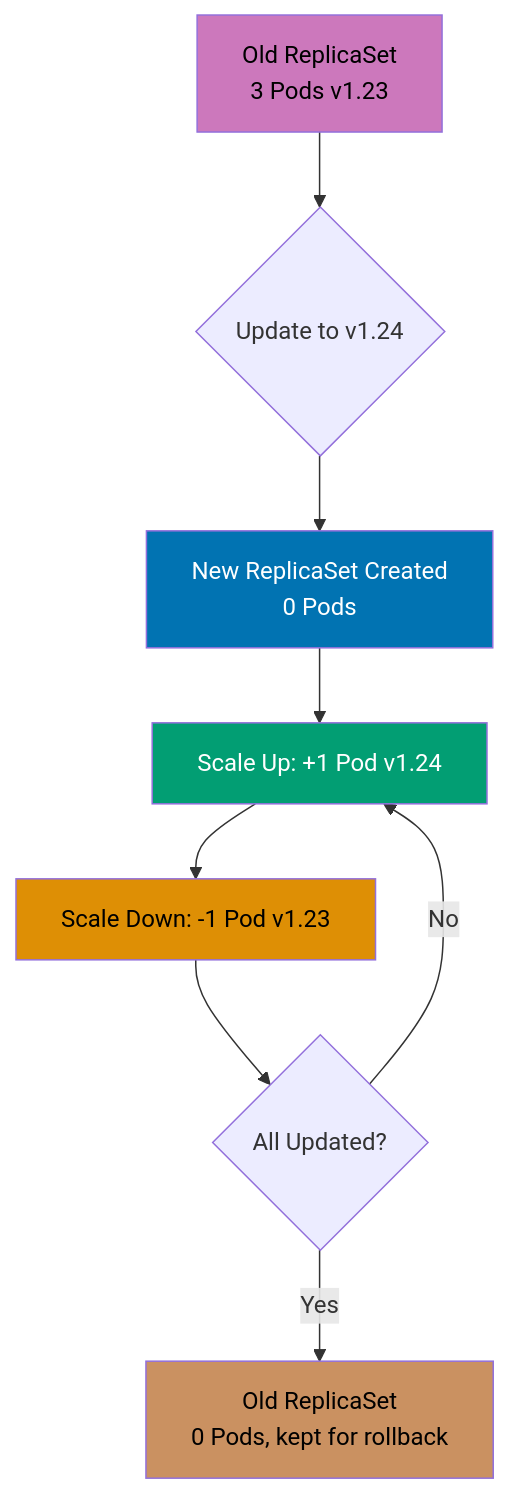
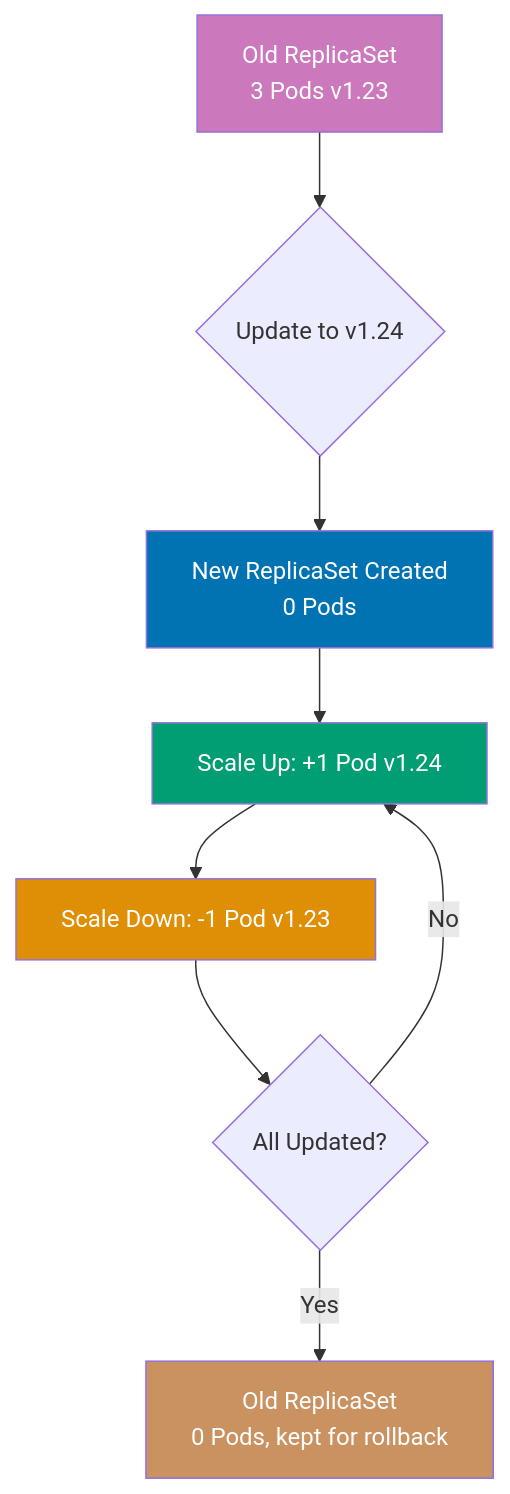
The fifth of 9 diagrams in apps/ayokoding-web/content/en/learn/software-engineering/infrastructure/tools/kubernetes/by-example/beginner.md (wahidyankf/open-sharia-enterprise), drawn with Mermaid before and after one commit. The commit also changed other lines of this file and 61 other files, not shown here.

First line of the commit message:
fix(ayokoding-web): quote Mermaid node labels with special characters in Example 63

````diff
--- a/apps/ayokoding-web/content/en/learn/software-engineering/infrastructure/tools/kubernetes/by-example/beginner.md
+++ b/apps/ayokoding-web/content/en/learn/software-engineering/infrastructure/tools/kubernetes/by-example/beginner.md
@@ -662,17 +662,17 @@
 ```mermaid
 %% Rolling update process
 graph TD
     A[Old ReplicaSet<br/>3 Pods v1.23] --> B{Update to v1.24}
     B --> C[New ReplicaSet Created<br/>0 Pods]
     C --> D[Scale Up: +1 Pod v1.24]
     D --> E[Scale Down: -1 Pod v1.23]
     E --> F{All Updated?}
     F -->|No| D
     F -->|Yes| G[Old ReplicaSet<br/>0 Pods, kept for rollback]
 
-    style A fill:#CC78BC,color:#000
+    style A fill:#CC78BC,color:#fff
     style C fill:#0173B2,color:#fff
     style D fill:#029E73,color:#fff
-    style E fill:#DE8F05,color:#000
-    style G fill:#CA9161,color:#000
+    style E fill:#DE8F05,color:#fff
+    style G fill:#CA9161,color:#fff
 ```
````
